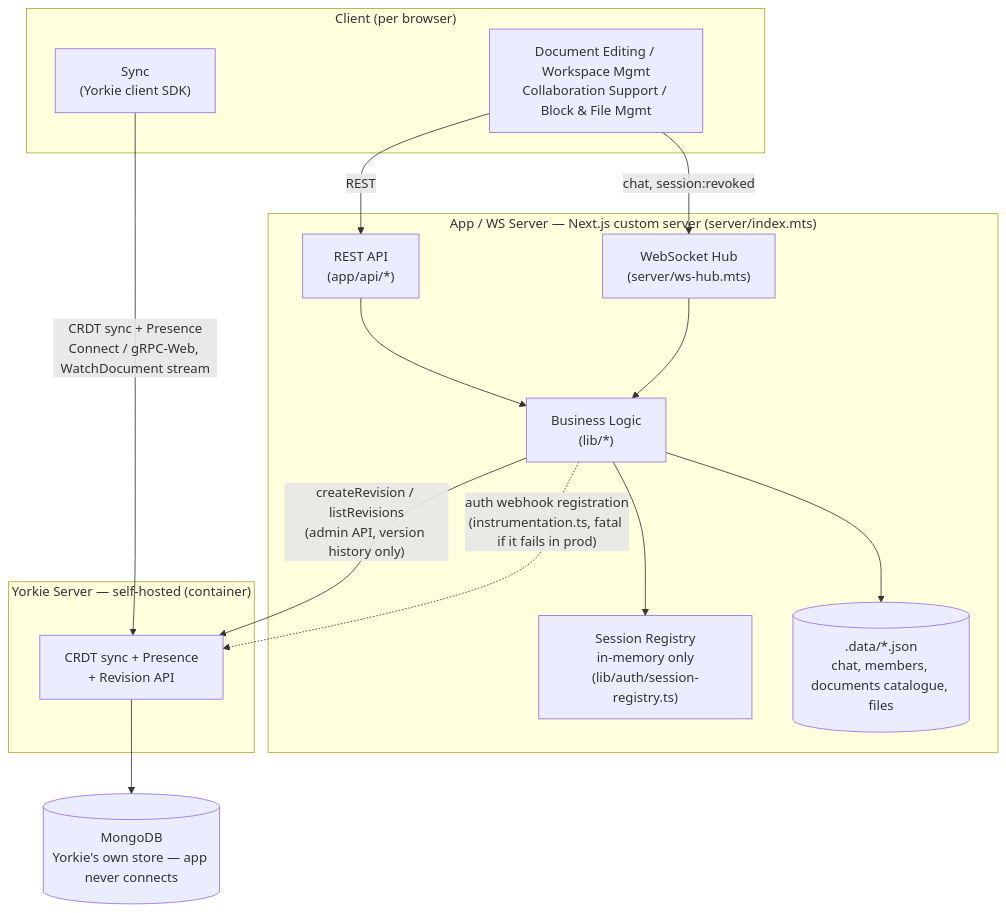
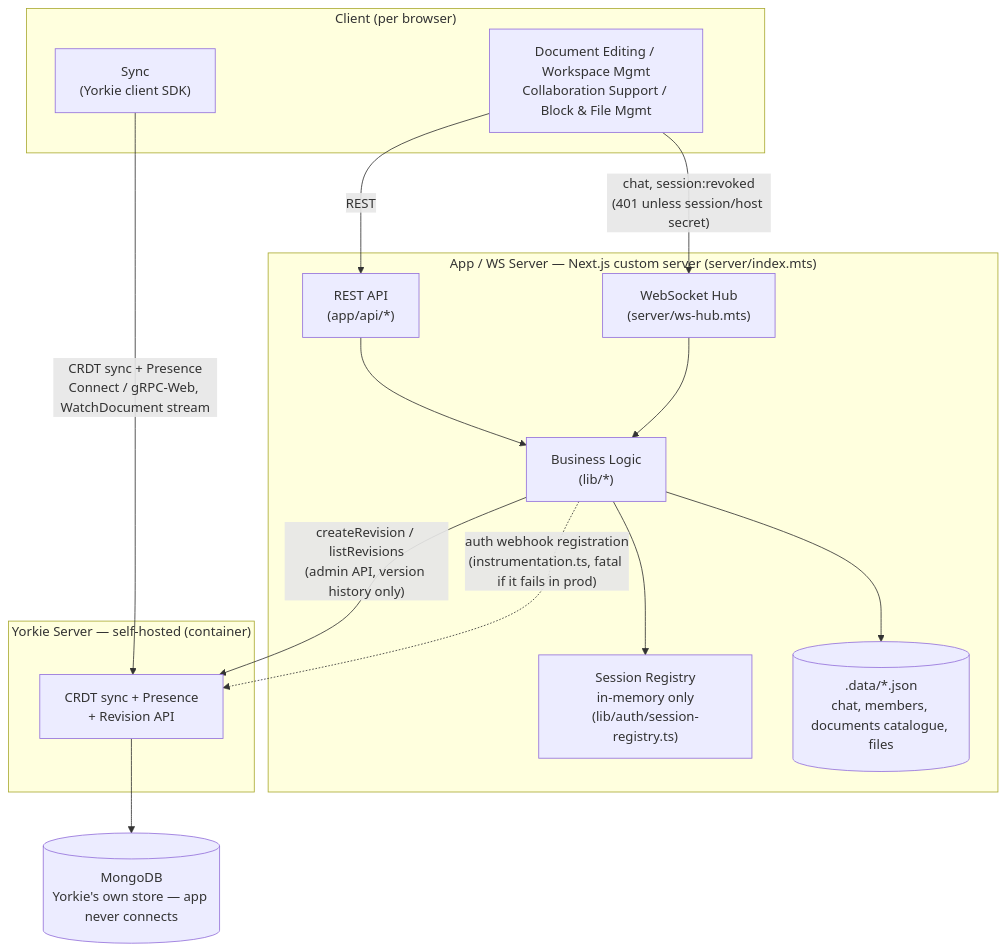
One commit to CBNU-TeamH/RMF-Block changed the diagram in ARCHITECTURE.md. Above: the diagram before and after it, drawn with Mermaid. The commit also changed other lines of this file and 20 other files, not shown here.

First line of the commit message:
docs: sync architecture docs and other stale doc citations to shipped code

````diff
--- a/ARCHITECTURE.md
+++ b/ARCHITECTURE.md
@@ -7,34 +7,34 @@
 ```mermaid
 graph TB
   subgraph Client["Client (per browser)"]
     UI["Document Editing / Workspace Mgmt<br/>Collaboration Support / Block & File Mgmt"]
     SyncSDK["Sync<br/>(Yorkie client SDK)"]
   end
 
   subgraph AppServer["App / WS Server — Next.js custom server (server/index.mts)"]
     REST["REST API<br/>(app/api/*)"]
     WSHub["WebSocket Hub<br/>(server/ws-hub.mts)"]
     BizLogic["Business Logic<br/>(lib/*)"]
     SessionReg["Session Registry<br/>in-memory only<br/>(lib/auth/session-registry.ts)"]
     DataFiles[(".data/*.json<br/>chat, members, documents catalogue, files")]
   end
 
   subgraph YorkieBox["Yorkie Server — self-hosted (container)"]
     YorkieCore["CRDT sync + Presence<br/>+ Revision API"]
   end
 
   Mongo[(MongoDB<br/>Yorkie's own store — app never connects)]
 
   UI -->|"REST"| REST
-  UI -->|"chat, session:revoked"| WSHub
+  UI -->|"chat, session:revoked<br/>(401 unless session/host secret)"| WSHub
   SyncSDK -->|"CRDT sync + Presence<br/>Connect / gRPC-Web, WatchDocument stream"| YorkieCore
 
   REST --> BizLogic
   WSHub --> BizLogic
   BizLogic --> DataFiles
   BizLogic --> SessionReg
   BizLogic -->|"createRevision / listRevisions<br/>(admin API, version history only)"| YorkieCore
   BizLogic -.->|"auth webhook registration<br/>(instrumentation.ts, fatal if it fails in prod)"| YorkieCore
 
   YorkieCore --> Mongo
 ```
````
